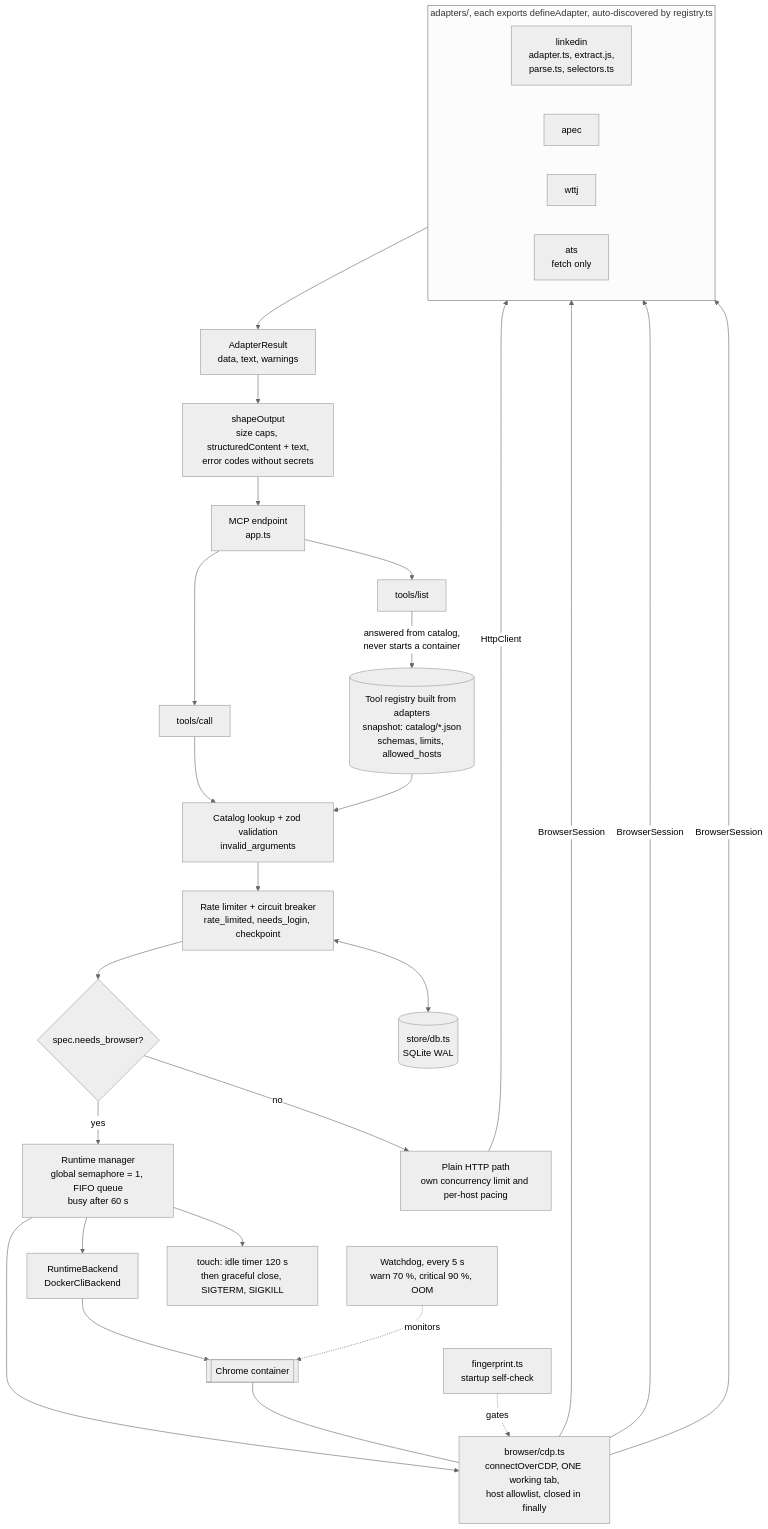
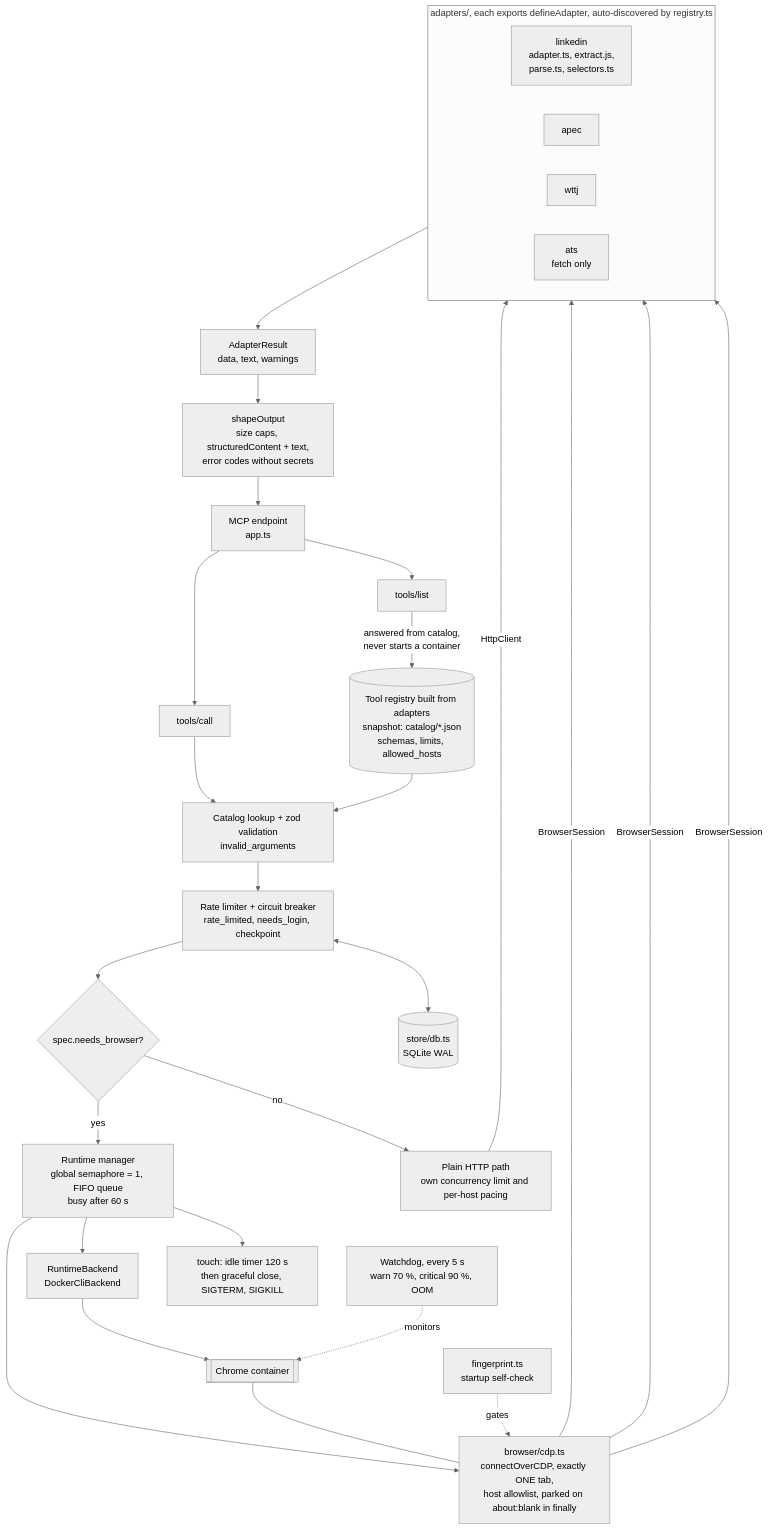
One commit to notcheu/jobwatch-mcp changed the second of 6 diagrams in 16-architecture-diagrams.md. Above: the diagram before and after it, drawn with Mermaid (neutral theme). The commit also changed other lines of this file and 10 other files, not shown here.

Commit message:
Docs: exactly one tab always; record no-hardware-upgrade / zram decision

````diff
--- a/16-architecture-diagrams.md
+++ b/16-architecture-diagrams.md
@@ -76,43 +76,43 @@
 ```mermaid
 flowchart TB
   MCP["MCP endpoint<br/>app.ts"] --> List["tools/list"]
   MCP --> Call["tools/call"]
 
   Catalog[("Tool registry built from adapters<br/>snapshot: catalog/*.json<br/>schemas, limits, allowed_hosts")]
   List -- "answered from catalog,<br/>never starts a container" --> Catalog
   Call --> Lookup["Catalog lookup + zod validation<br/>invalid_arguments"]
   Catalog --> Lookup
 
   Lookup --> Guard["Rate limiter + circuit breaker<br/>rate_limited, needs_login, checkpoint"]
   Guard --> Decide{"spec.needs_browser?"}
 
   Decide -- "yes" --> Lease["Runtime manager<br/>global semaphore = 1, FIFO queue<br/>busy after 60 s"]
   Lease --> Backend["RuntimeBackend<br/>DockerCliBackend"]
   Backend --> Container[["Chrome container"]]
-  Lease --> CDP["browser/cdp.ts<br/>connectOverCDP, ONE working tab,<br/>host allowlist, closed in finally"]
+  Lease --> CDP["browser/cdp.ts<br/>connectOverCDP, exactly ONE tab,<br/>host allowlist, parked on about:blank in finally"]
   Container --- CDP
   Watchdog["Watchdog, every 5 s<br/>warn 70 %, critical 90 %, OOM"] -. monitors .-> Container
   FP["fingerprint.ts<br/>startup self-check"] -. gates .-> CDP
 
   Decide -- "no" --> Plain["Plain HTTP path<br/>own concurrency limit and per-host pacing"]
 
   subgraph Adapters["adapters/, each exports defineAdapter, auto-discovered by registry.ts"]
     direction LR
     LI["linkedin<br/>adapter.ts, extract.js,<br/>parse.ts, selectors.ts"]
     APEC["apec"]
     WTTJ["wttj"]
     ATS["ats<br/>fetch only"]
   end
 
   CDP -- "BrowserSession" --> LI
   CDP -- "BrowserSession" --> APEC
   CDP -- "BrowserSession" --> WTTJ
   Plain -- "HttpClient" --> ATS
 
   Adapters --> Result["AdapterResult<br/>data, text, warnings"]
   Result --> Shape["shapeOutput<br/>size caps, structuredContent + text,<br/>error codes without secrets"]
   Shape --> MCP
 
   Guard <--> Store[("store/db.ts<br/>SQLite WAL")]
   Lease --> Idle["touch: idle timer 120 s<br/>then graceful close, SIGTERM, SIGKILL"]
 ```
````
